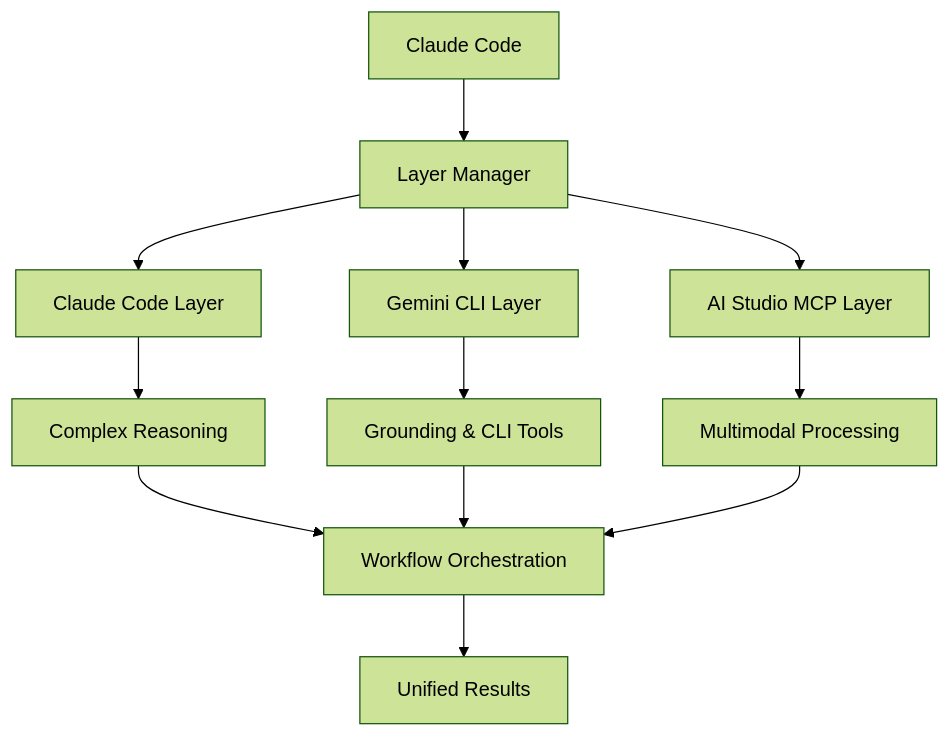
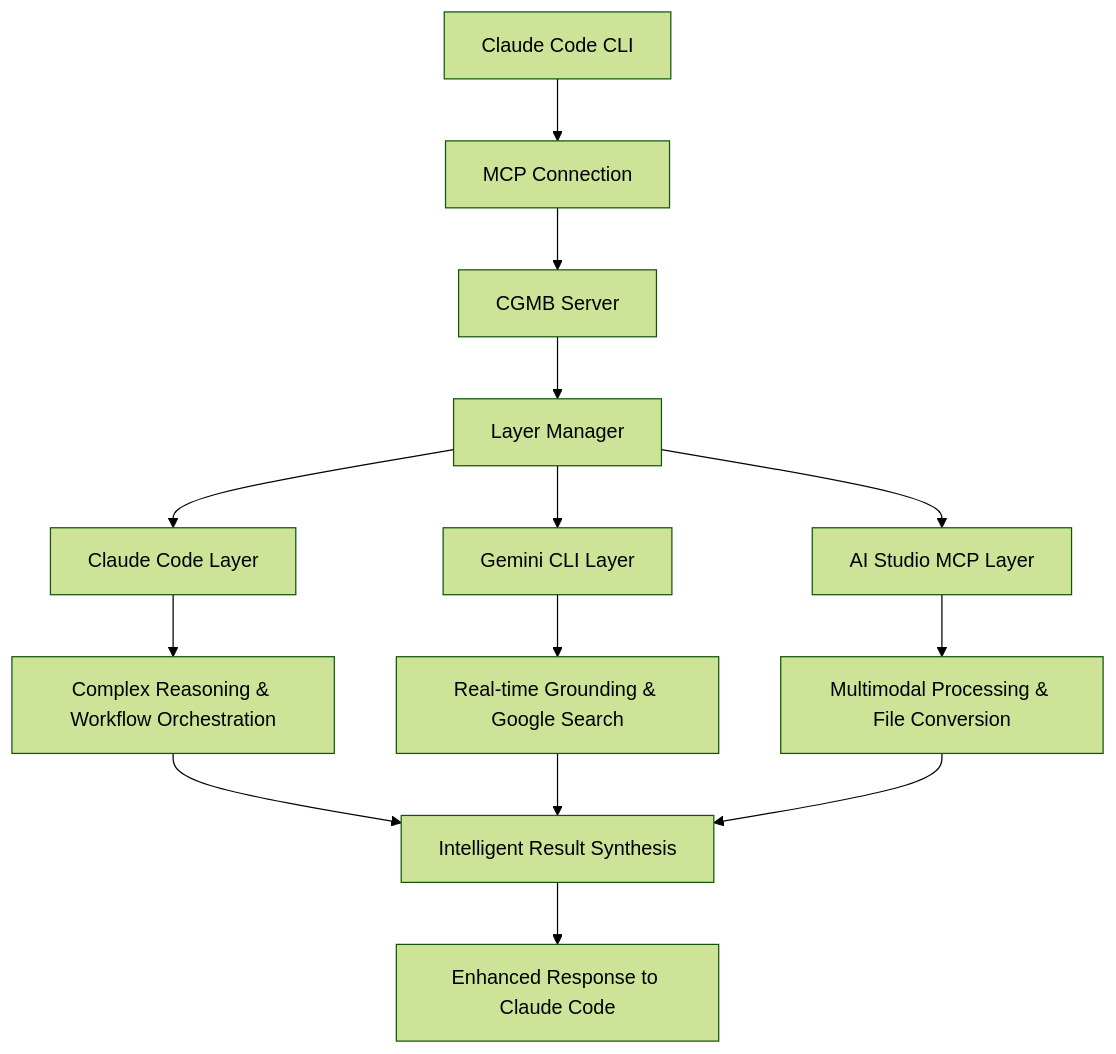
One commit to goodaymmm/claude-gemini-multimodal-bridge changed the diagram in README.md. Above: the diagram before and after it, drawn with Mermaid (forest theme). The commit also changed other lines of this file and 7 other files, not shown here.

````diff
--- a/README.md
+++ b/README.md
@@ -22,17 +24,19 @@
 ```mermaid
 graph TD
-    A[Claude Code] --> B[Layer Manager]
-    B --> C[Claude Code Layer]
-    B --> D[Gemini CLI Layer]
-    B --> E[AI Studio MCP Layer]
+    A[Claude Code CLI] --> B[MCP Connection]
+    B --> C[CGMB Server]
+    C --> D[Layer Manager]
+    D --> E[Claude Code Layer]
+    D --> F[Gemini CLI Layer]  
+    D --> G[AI Studio MCP Layer]
     
-    C --> F[Complex Reasoning]
-    D --> G[Grounding & CLI Tools]
-    E --> H[Multimodal Processing]
+    E --> H[Complex Reasoning & Workflow Orchestration]
+    F --> I[Real-time Grounding & Google Search]
+    G --> J[Multimodal Processing & File Conversion]
     
-    F --> I[Workflow Orchestration]
-    G --> I
-    H --> I
+    H --> K[Intelligent Result Synthesis]
+    I --> K
+    J --> K
     
-    I --> J[Unified Results]
+    K --> L[Enhanced Response to Claude Code]
 ```
````
